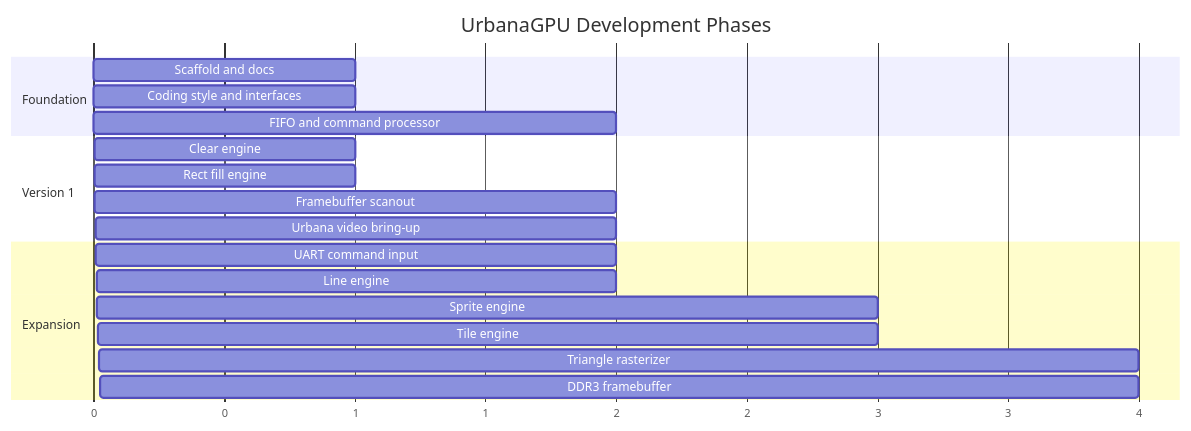
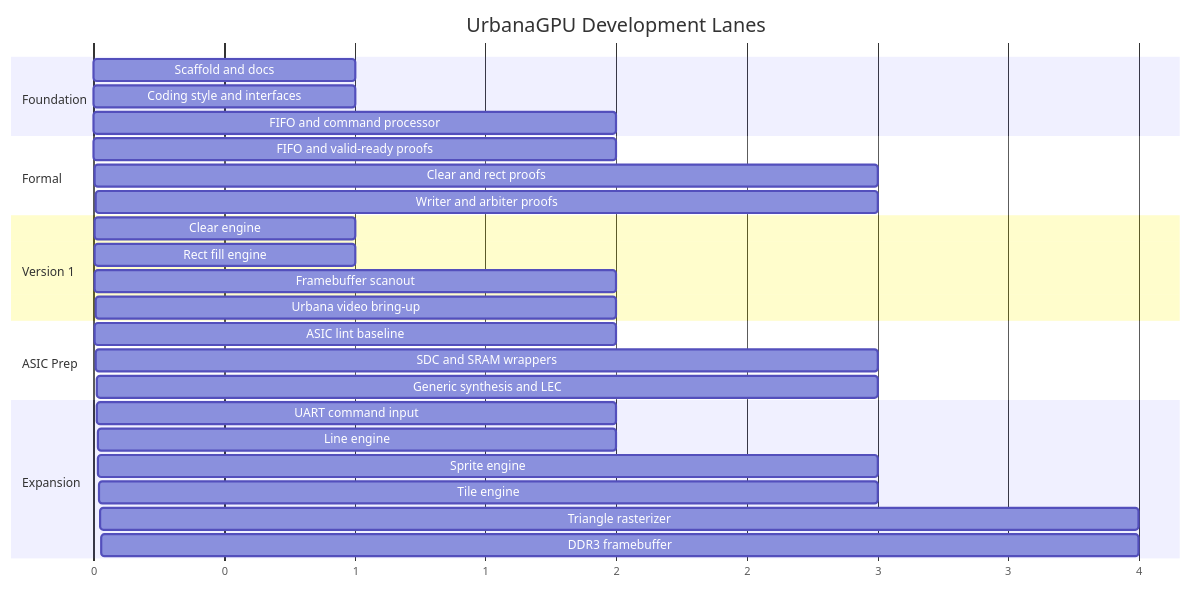
Before and after one commit to amanpdesai/baby-gpu: the diagram in docs/roadmap.md, drawn with Mermaid. The commit also changed other lines of this file and 26 other files, not shown here.

Commit message:
docs: add formal and ASIC signoff plan

````diff
--- a/docs/roadmap.md
+++ b/docs/roadmap.md
@@ -8,22 +8,30 @@
 ```mermaid
 gantt
-  title UrbanaGPU Development Phases
+  title UrbanaGPU Development Lanes
   dateFormat X
   axisFormat %s
   section Foundation
   Scaffold and docs           :0, 1
   Coding style and interfaces :1, 1
   FIFO and command processor  :2, 2
+  section Formal
+  FIFO and valid-ready proofs :2, 2
+  Clear and rect proofs       :4, 3
+  Writer and arbiter proofs   :7, 3
   section Version 1
   Clear engine                :4, 1
   Rect fill engine            :5, 1
   Framebuffer scanout         :6, 2
   Urbana video bring-up       :8, 2
+  section ASIC Prep
+  ASIC lint baseline          :6, 2
+  SDC and SRAM wrappers       :8, 3
+  Generic synthesis and LEC   :11, 3
   section Expansion
-  UART command input          :10, 2
-  Line engine                 :12, 2
-  Sprite engine               :14, 3
-  Tile engine                 :17, 3
-  Triangle rasterizer         :20, 4
-  DDR3 framebuffer            :24, 4
+  UART command input          :14, 2
+  Line engine                 :16, 2
+  Sprite engine               :18, 3
+  Tile engine                 :21, 3
+  Triangle rasterizer         :24, 4
+  DDR3 framebuffer            :28, 4
 ```
````
